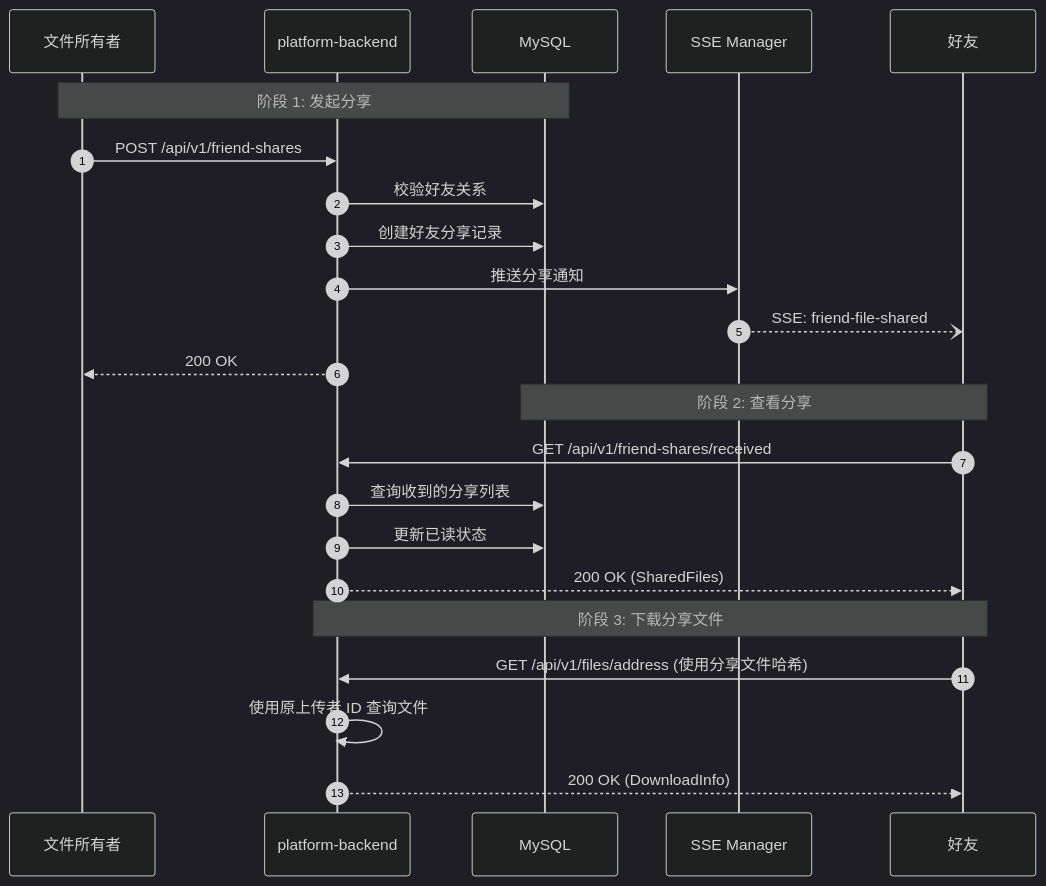
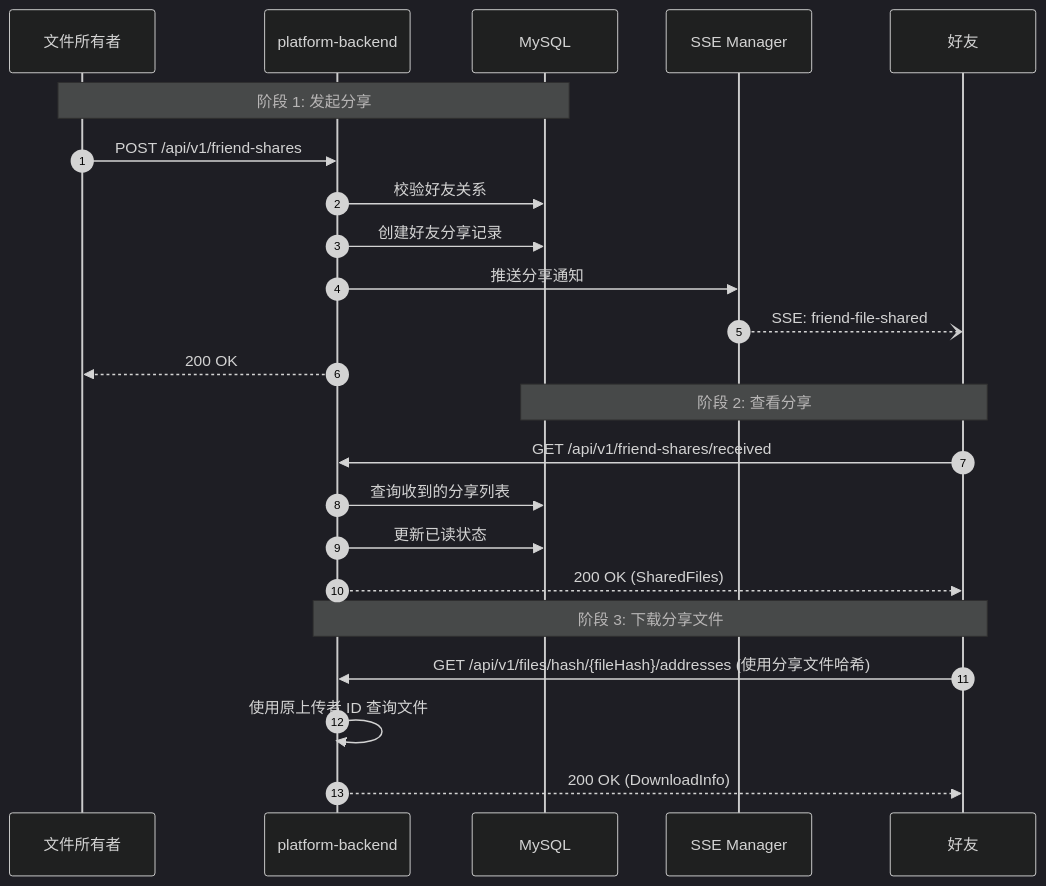
One commit to SoarCollab/RecordPlatform changed the fifth of 9 diagrams in docs/zh/architecture/system-overview.md. Above: the diagram before and after it, drawn with Mermaid (dark theme). The commit also changed other lines of this file and 23 other files, not shown here.

````diff
--- a/docs/zh/architecture/system-overview.md
+++ b/docs/zh/architecture/system-overview.md
@@ -226,29 +226,29 @@
 ```mermaid
 sequenceDiagram
     autonumber
 
     participant Owner as 文件所有者
     participant Backend as platform-backend
     participant DB as MySQL
     participant SSE as SSE Manager
     participant Friend as 好友
 
     Note over Owner, DB: 阶段 1: 发起分享
     Owner->>Backend: POST /api/v1/friend-shares
     Backend->>DB: 校验好友关系
     Backend->>DB: 创建好友分享记录
     Backend->>SSE: 推送分享通知
     SSE--)Friend: SSE: friend-file-shared
     Backend-->>Owner: 200 OK
 
     Note over Friend, DB: 阶段 2: 查看分享
     Friend->>Backend: GET /api/v1/friend-shares/received
     Backend->>DB: 查询收到的分享列表
     Backend->>DB: 更新已读状态
     Backend-->>Friend: 200 OK (SharedFiles)
 
     Note over Friend, Backend: 阶段 3: 下载分享文件
-    Friend->>Backend: GET /api/v1/files/address (使用分享文件哈希)
+    Friend->>Backend: GET /api/v1/files/hash/{fileHash}/addresses (使用分享文件哈希)
     Backend->>Backend: 使用原上传者 ID 查询文件
     Backend-->>Friend: 200 OK (DownloadInfo)
 ```
````
